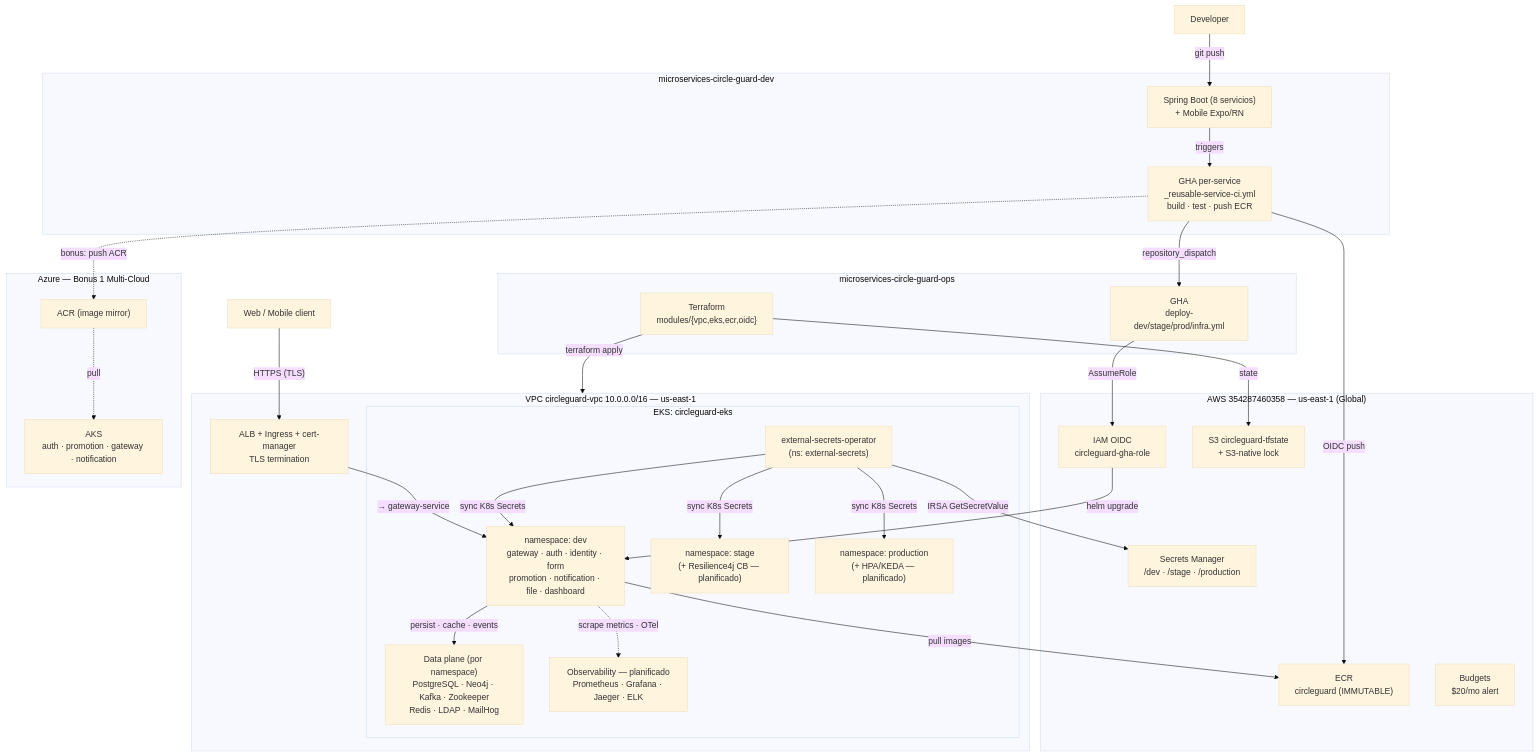
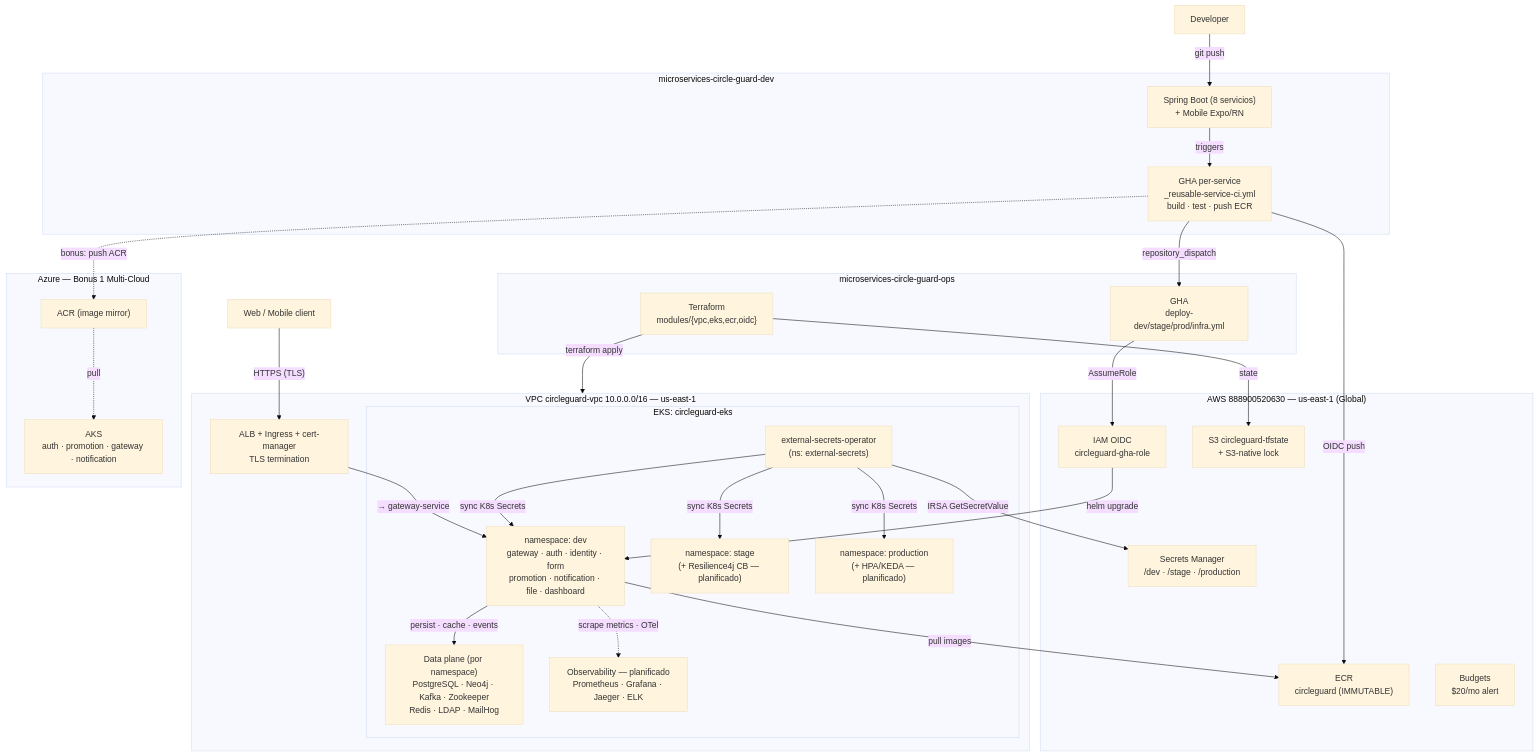
Before and after one commit to RonyOz/microservices-circle-guard-ops: the diagram in doc/infrastructure.md, drawn with Mermaid (base theme). The commit also changed other lines of this file and 3 other files, not shown here.

First line of the commit message:
Update AWS account number in documentation and architecture diagram

````diff
--- a/doc/infrastructure.md
+++ b/doc/infrastructure.md
@@ -245,62 +245,62 @@
 ```mermaid
 graph TB
     DEV_USER["Developer"]
 
     subgraph DEV_REPO["microservices-circle-guard-dev"]
         SVC["Spring Boot (8 servicios)\n+ Mobile Expo/RN"]
         GHA_DEV["GHA per-service\n_reusable-service-ci.yml\nbuild · test · push ECR"]
     end
 
     subgraph OPS_REPO["microservices-circle-guard-ops"]
         TF["Terraform\nmodules/{vpc,eks,ecr,oidc}"]
         GHA_OPS["GHA\ndeploy-dev/stage/prod/infra.yml"]
     end
 
-    subgraph AWS_GLOBAL["AWS 354287460358 — us-east-1 (Global)"]
+    subgraph AWS_GLOBAL["AWS 888900520630 — us-east-1 (Global)"]
         ECR["ECR\ncircleguard (IMMUTABLE)"]
         OIDC["IAM OIDC\ncircleguard-gha-role"]
         S3["S3 circleguard-tfstate\n+ S3-native lock"]
         SM["Secrets Manager\n/dev · /stage · /production"]
         BUDGETS["Budgets\n$20/mo alert"]
     end
 
     subgraph VPC["VPC circleguard-vpc 10.0.0.0/16 — us-east-1"]
         ALB["ALB + Ingress + cert-manager\nTLS termination"]
 
         subgraph EKS["EKS: circleguard-eks"]
             DEV["namespace: dev\ngateway · auth · identity · form\npromotion · notification · file · dashboard"]
             STAGE["namespace: stage\n(+ Resilience4j CB — planificado)"]
             PROD["namespace: production\n(+ HPA/KEDA — planificado)"]
             DATA["Data plane (por namespace)\nPostgreSQL · Neo4j · Kafka · Zookeeper\nRedis · LDAP · MailHog"]
             ESO["external-secrets-operator\n(ns: external-secrets)"]
             OBS["Observability — planificado\nPrometheus · Grafana · Jaeger · ELK"]
         end
     end
 
     CLIENT["Web / Mobile client"]
 
     subgraph AZURE["Azure — Bonus 1 Multi-Cloud"]
         AKS["AKS\nauth · promotion · gateway · notification"]
         ACR["ACR (image mirror)"]
     end
 
     DEV_USER -->|"git push"| SVC
     SVC -->|"triggers"| GHA_DEV
     GHA_DEV -->|"OIDC push"| ECR
     GHA_DEV -->|"repository_dispatch"| GHA_OPS
     GHA_OPS -->|"AssumeRole"| OIDC
     OIDC -->|"helm upgrade"| DEV
     TF -->|"state"| S3
     TF -->|"terraform apply"| VPC
     CLIENT -->|"HTTPS (TLS)"| ALB
     ALB -->|"→ gateway-service"| DEV
     DEV -->|"persist · cache · events"| DATA
     DEV -->|"pull images"| ECR
     ESO -->|"IRSA GetSecretValue"| SM
     ESO -->|"sync K8s Secrets"| DEV
     ESO -->|"sync K8s Secrets"| STAGE
     ESO -->|"sync K8s Secrets"| PROD
     DEV -.->|"scrape metrics · OTel"| OBS
     GHA_DEV -.->|"bonus: push ACR"| ACR
     ACR -.->|"pull"| AKS
 ```
````
